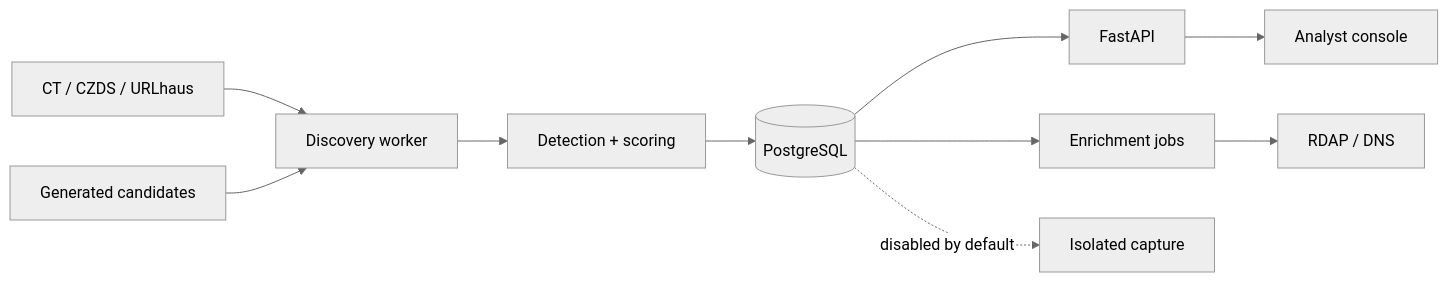
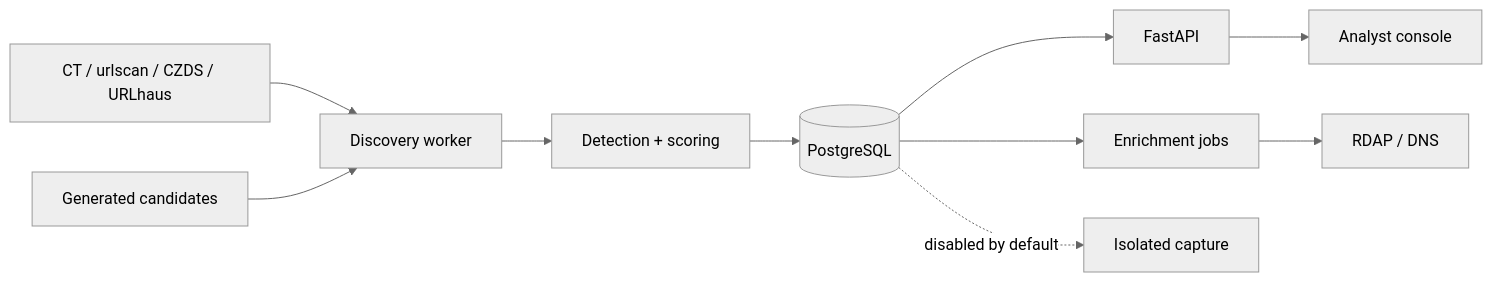
Before and after one commit to SkedarA/MAegis: the diagram in README.md, drawn with Mermaid (neutral theme). The commit also changed other lines of this file and 12 other files, not shown here.

````diff
--- a/README.md
+++ b/README.md
@@ -25,12 +25,12 @@
 ```mermaid
 flowchart LR
-    CT["CT / CZDS / URLhaus"] --> DW["Discovery worker"]
+    CT["CT / urlscan / CZDS / URLhaus"] --> DW["Discovery worker"]
     DG["Generated candidates"] --> DW
     DW --> DE["Detection + scoring"]
     DE --> PG[("PostgreSQL")]
     PG --> API["FastAPI"]
     API --> UI["Analyst console"]
     PG --> EW["Enrichment jobs"]
     EW --> RDAP["RDAP / DNS"]
     PG -. disabled by default .-> CAP["Isolated capture"]
 ```
````
